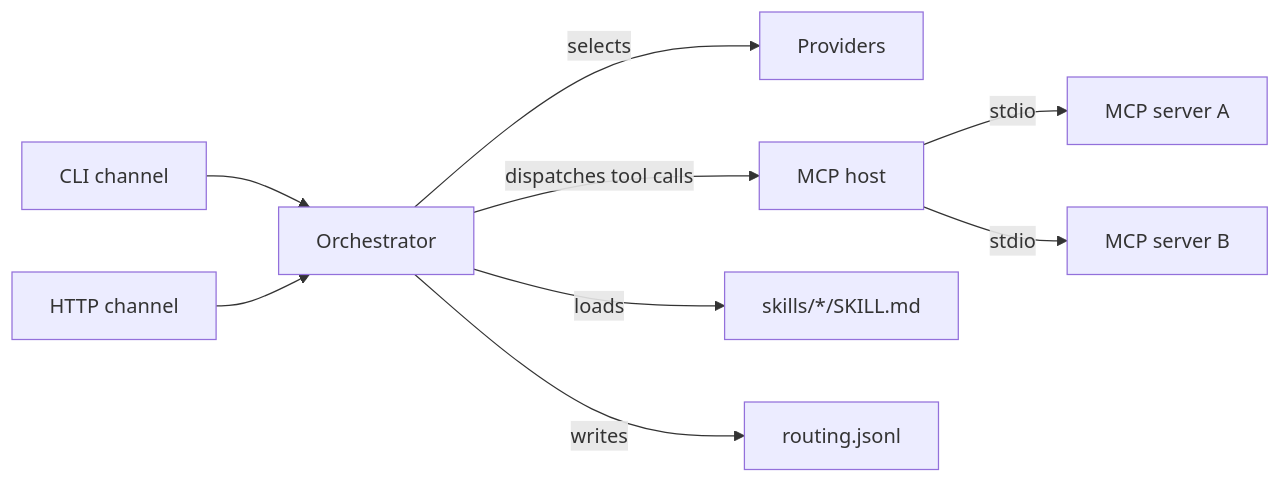
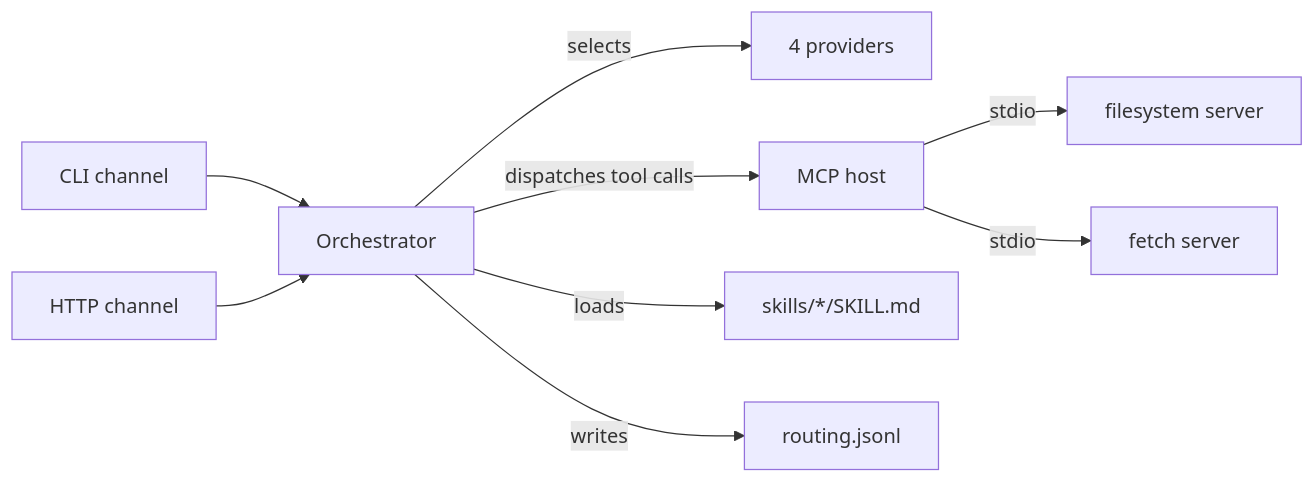
One commit to ber4444/ferryman-mcp changed the diagram in README.md. Above: the diagram before and after it, drawn with Mermaid. The commit also changed other lines of this file and 3 other files, not shown here.

First line of the commit message:
fix: MCP fetch server + binary resolution + README overhaul

````diff
--- a/README.md
+++ b/README.md
@@ -48,11 +109,11 @@
 ```mermaid
 flowchart LR
     CLI[CLI channel] --> Orchestrator
     HTTP[HTTP channel] --> Orchestrator
-    Orchestrator -->|selects| Providers
+    Orchestrator -->|selects| Providers[4 providers]
     Orchestrator -->|dispatches tool calls| McpHost[MCP host]
-    McpHost -->|stdio| ServerA[MCP server A]
-    McpHost -->|stdio| ServerB[MCP server B]
+    McpHost -->|stdio| FS[filesystem server]
+    McpHost -->|stdio| Fetch[fetch server]
     Orchestrator -->|loads| Skills[skills/*/SKILL.md]
     Orchestrator -->|writes| Logs[routing.jsonl]
 ```
````
